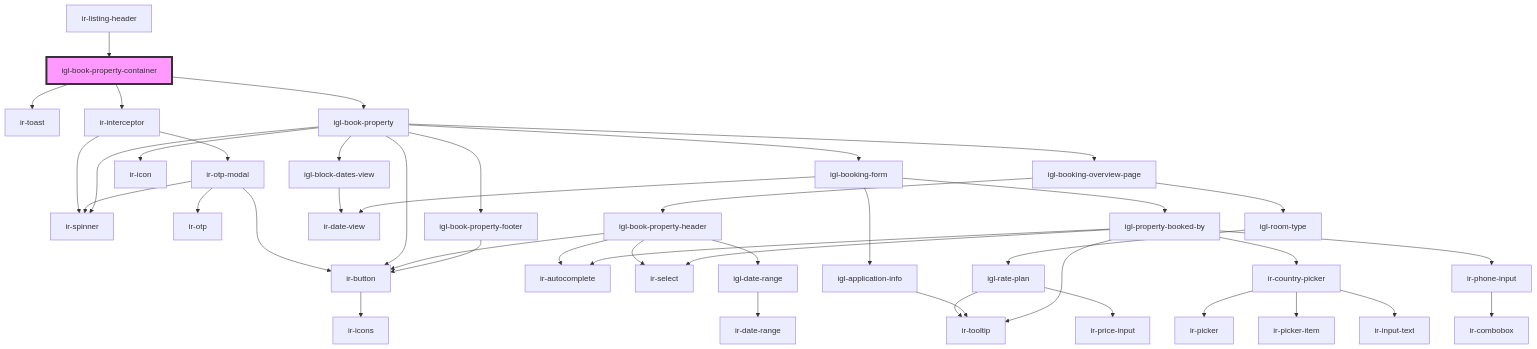
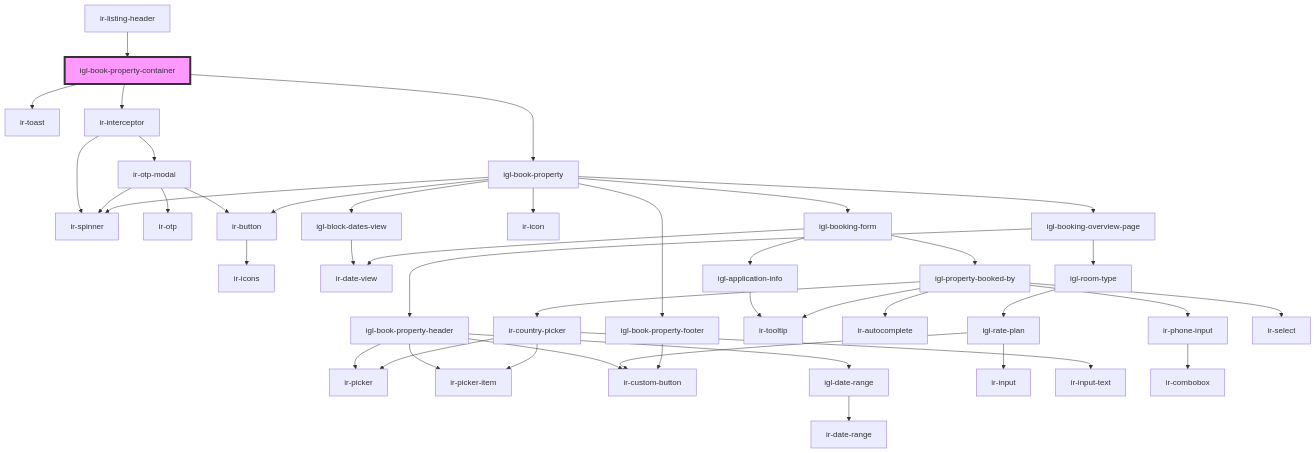
The diagram in src/components/igl-book-property-container/readme.md (David1Chowaifaty/modified-ir-webcmp), drawn with Mermaid before and after one commit. The commit also changed 28 other files, not shown here.

First line of the commit message:
Refactor igl-book-property components to enhance functionality and styling

````diff
--- a/src/components/igl-book-property-container/readme.md
+++ b/src/components/igl-book-property-container/readme.md
@@ -41,46 +41,46 @@
 ```mermaid
 graph TD;
   igl-book-property-container --> ir-toast
   igl-book-property-container --> ir-interceptor
   igl-book-property-container --> igl-book-property
   ir-interceptor --> ir-spinner
   ir-interceptor --> ir-otp-modal
   ir-otp-modal --> ir-spinner
   ir-otp-modal --> ir-otp
   ir-otp-modal --> ir-button
   ir-button --> ir-icons
   igl-book-property --> igl-block-dates-view
   igl-book-property --> ir-spinner
   igl-book-property --> ir-icon
   igl-book-property --> igl-booking-overview-page
   igl-book-property --> igl-booking-form
   igl-book-property --> ir-button
   igl-book-property --> igl-book-property-footer
   igl-block-dates-view --> ir-date-view
   igl-booking-overview-page --> igl-book-property-header
   igl-booking-overview-page --> igl-room-type
-  igl-book-property-header --> ir-autocomplete
-  igl-book-property-header --> ir-select
-  igl-book-property-header --> ir-button
+  igl-book-property-header --> ir-picker
+  igl-book-property-header --> ir-picker-item
+  igl-book-property-header --> ir-custom-button
   igl-book-property-header --> igl-date-range
   igl-date-range --> ir-date-range
   igl-room-type --> igl-rate-plan
-  igl-rate-plan --> ir-tooltip
-  igl-rate-plan --> ir-price-input
+  igl-rate-plan --> ir-input
+  igl-rate-plan --> ir-custom-button
   igl-booking-form --> ir-date-view
   igl-booking-form --> igl-application-info
   igl-booking-form --> igl-property-booked-by
   igl-application-info --> ir-tooltip
   igl-property-booked-by --> ir-autocomplete
   igl-property-booked-by --> ir-tooltip
   igl-property-booked-by --> ir-country-picker
   igl-property-booked-by --> ir-phone-input
   igl-property-booked-by --> ir-select
   ir-country-picker --> ir-picker
   ir-country-picker --> ir-picker-item
   ir-country-picker --> ir-input-text
   ir-phone-input --> ir-combobox
-  igl-book-property-footer --> ir-button
+  igl-book-property-footer --> ir-custom-button
   ir-listing-header --> igl-book-property-container
   style igl-book-property-container fill:#f9f,stroke:#333,stroke-width:4px
 ```
````
